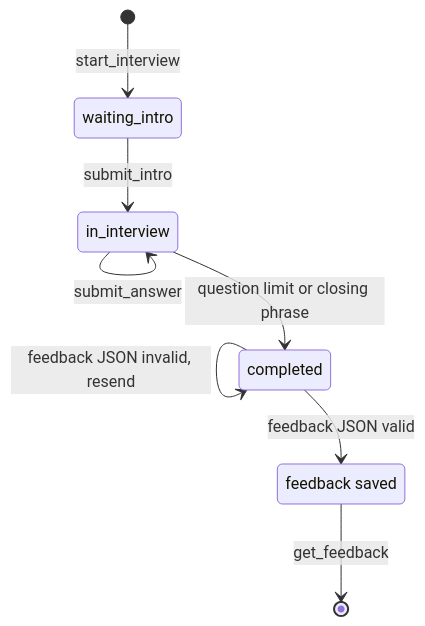
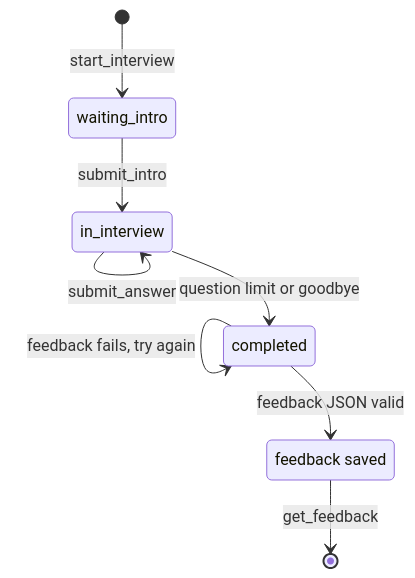
The diagram in docs/mock-interviews.md (LekhNayak/InterviewMate-AI_Mock_Interview_Platform), drawn with Mermaid before and after one commit. The commit also changed other lines of this file and 112 other files, not shown here.

````diff
--- a/docs/mock-interviews.md
+++ b/docs/mock-interviews.md
@@ -49,14 +51,14 @@
 ```mermaid
 stateDiagram-v2
     state "waiting_intro" as W
     state "in_interview" as I
     state "completed" as C
     state "feedback saved" as F
     [*] --> W: start_interview
     W --> I: submit_intro
     I --> I: submit_answer
-    I --> C: question limit or closing phrase
-    C --> C: feedback JSON invalid, resend
+    I --> C: question limit or goodbye
+    C --> C: feedback fails, try again
     C --> F: feedback JSON valid
     F --> [*]: get_feedback
 ```
````
